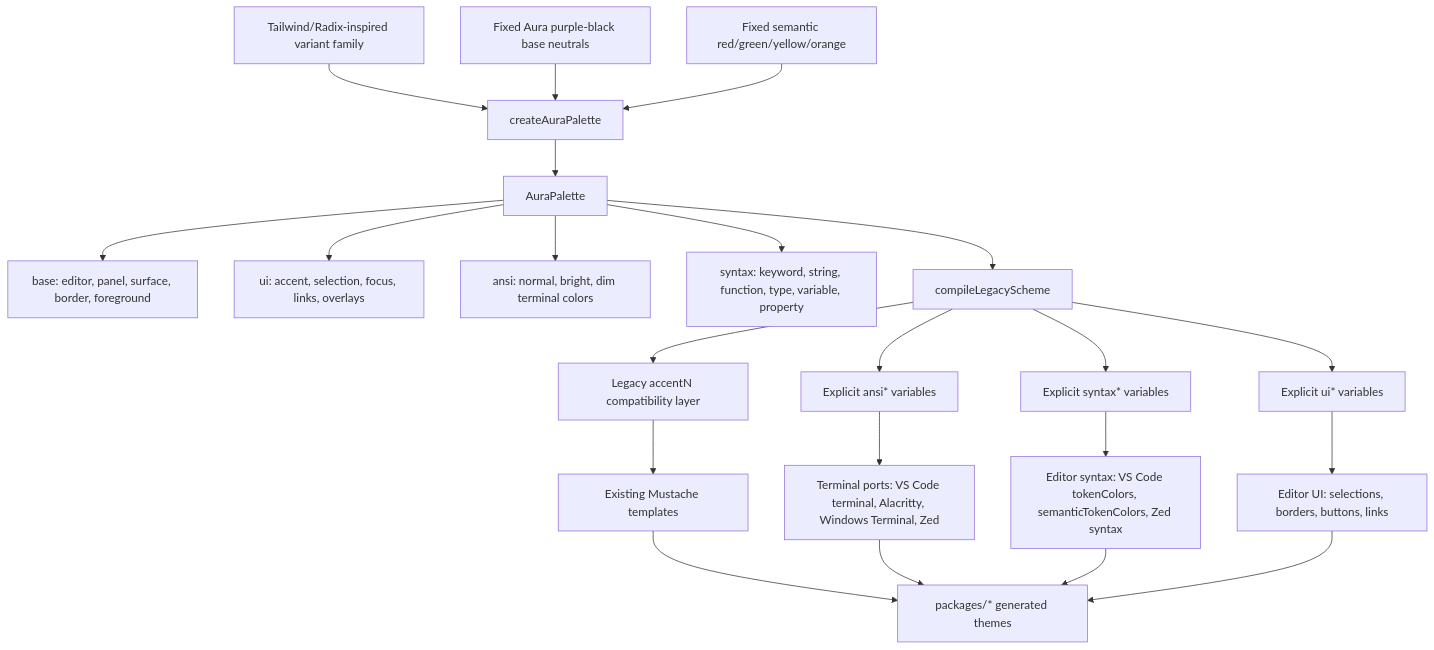
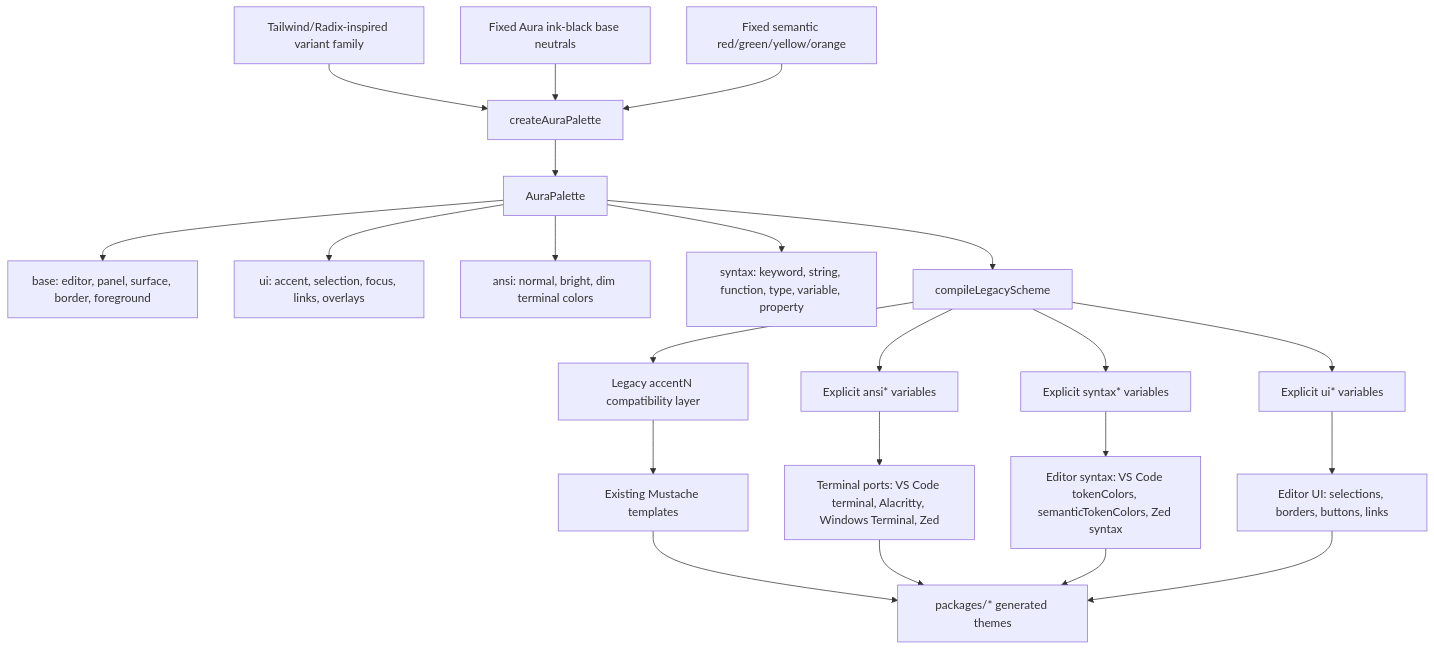
The diagram in docs/COLOR_ARCHITECTURE.md (yukiumi13/aura-theme-2026), drawn with Mermaid before and after one commit. The commit also changed other lines of this file and 51 other files, not shown here.

````diff
--- a/docs/COLOR_ARCHITECTURE.md
+++ b/docs/COLOR_ARCHITECTURE.md
@@ -9,29 +9,29 @@
 ```mermaid
 flowchart TD
   A[Tailwind/Radix-inspired variant family] --> B[createAuraPalette]
-  C[Fixed Aura purple-black base neutrals] --> B
+  C[Fixed Aura ink-black base neutrals] --> B
   D[Fixed semantic red/green/yellow/orange] --> B
 
   B --> E[AuraPalette]
 
   E --> E1[base: editor, panel, surface, border, foreground]
   E --> E2[ui: accent, selection, focus, links, overlays]
   E --> E3[ansi: normal, bright, dim terminal colors]
   E --> E4[syntax: keyword, string, function, type, variable, property]
 
   E --> F[compileLegacyScheme]
   F --> G[Legacy accentN compatibility layer]
   F --> H[Explicit ansi* variables]
   F --> I[Explicit syntax* variables]
   F --> J[Explicit ui* variables]
 
   G --> K[Existing Mustache templates]
   H --> L[Terminal ports: VS Code terminal, Alacritty, Windows Terminal, Zed]
   I --> M[Editor syntax: VS Code tokenColors, semanticTokenColors, Zed syntax]
   J --> N[Editor UI: selections, borders, buttons, links]
 
   K --> O[packages/* generated themes]
   L --> O
   M --> O
   N --> O
 ```
````
